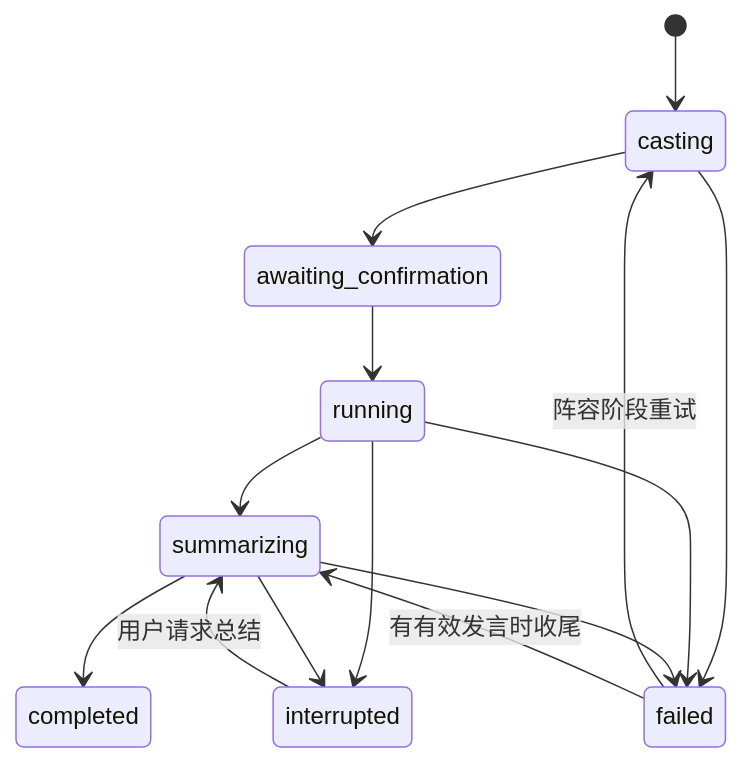
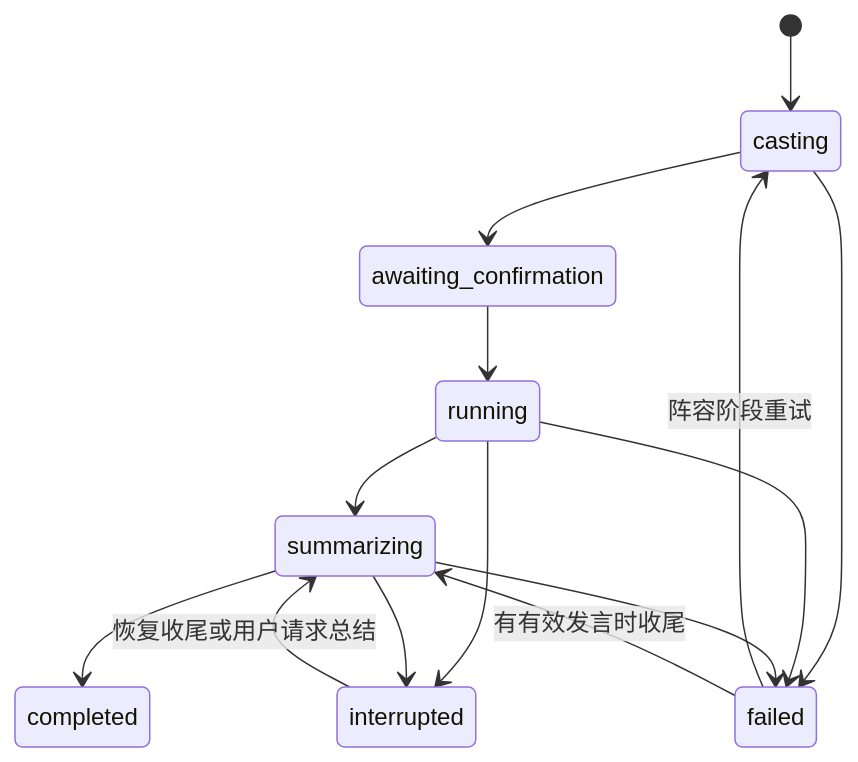
The second of 2 diagrams in docs/architecture.md (yuwang66666/panel-studio-roundtable), drawn with Mermaid before and after one commit. The commit also changed other lines of this file and 30 other files, not shown here.

````diff
--- a/docs/architecture.md
+++ b/docs/architecture.md
@@ -15,16 +15,16 @@
 ```mermaid
 stateDiagram-v2
   [*] --> casting
   casting --> awaiting_confirmation
   awaiting_confirmation --> running
   running --> summarizing
   summarizing --> completed
   casting --> failed
   running --> failed
   summarizing --> failed
   running --> interrupted
   summarizing --> interrupted
   failed --> casting: 阵容阶段重试
   failed --> summarizing: 有有效发言时收尾
-  interrupted --> summarizing: 用户请求总结
+  interrupted --> summarizing: 恢复收尾或用户请求总结
 ```
````
